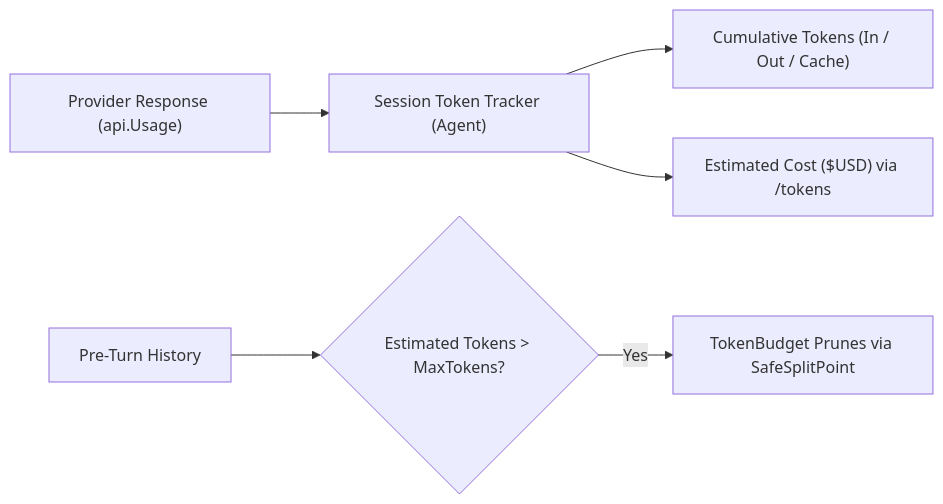
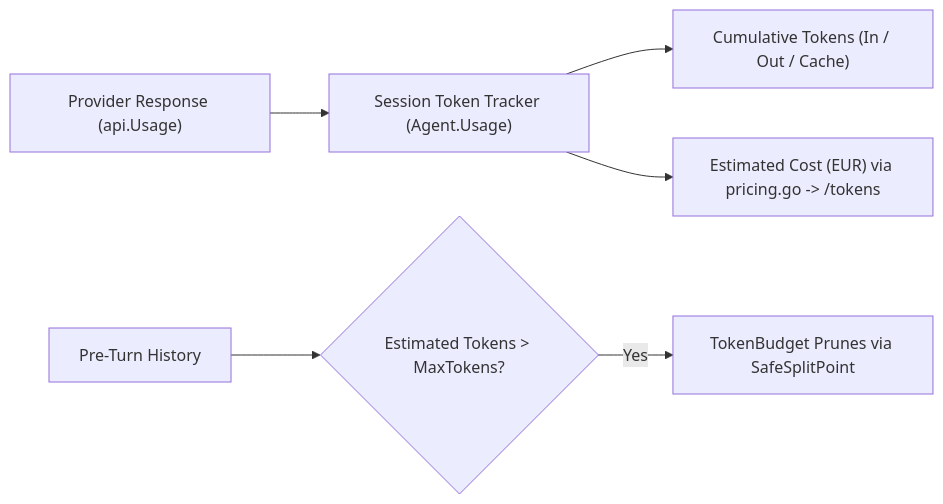
Before and after one commit to AntonioHellin/phi-code-agent: the diagram in docs/steps/18-token-budget-and-cost.md, drawn with Mermaid. The commit also changed other lines of this file and 13 other files, not shown here.

Commit message:
step/18-token-budget-and-cost: feat: implement TokenBudget compactor, Agent EUR cost tracking, and /tokens command

````diff
--- a/docs/steps/18-token-budget-and-cost.md
+++ b/docs/steps/18-token-budget-and-cost.md
@@ -12,8 +12,8 @@
 ```mermaid
 flowchart LR
-    APIResponse["Provider Response (api.Usage)"] --> Tracker["Session Token Tracker (Agent)"]
+    APIResponse["Provider Response (api.Usage)"] --> Tracker["Session Token Tracker (Agent.Usage)"]
     Tracker --> TokenStats["Cumulative Tokens (In / Out / Cache)"]
-    Tracker --> DollarCost["Estimated Cost ($USD) via /tokens"]
+    Tracker --> EuroCost["Estimated Cost (EUR) via pricing.go -> /tokens"]
     Messages["Pre-Turn History"] --> Budget{"Estimated Tokens > MaxTokens?"}
     Budget -- "Yes" --> Prune["TokenBudget Prunes via SafeSplitPoint"]
 ```
````
